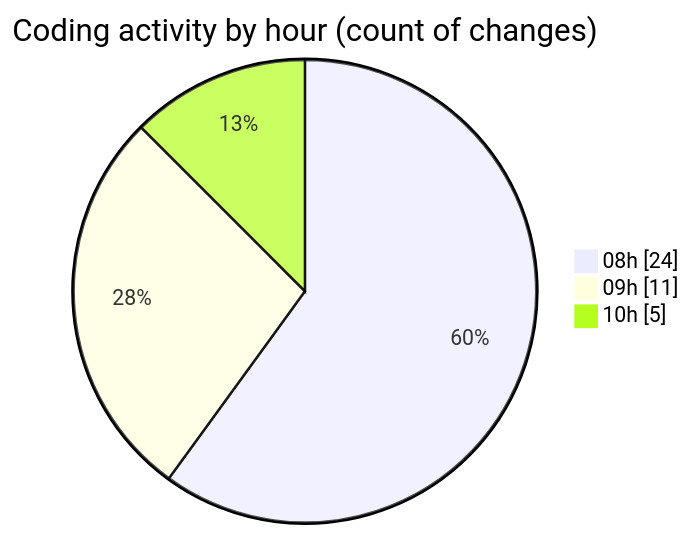
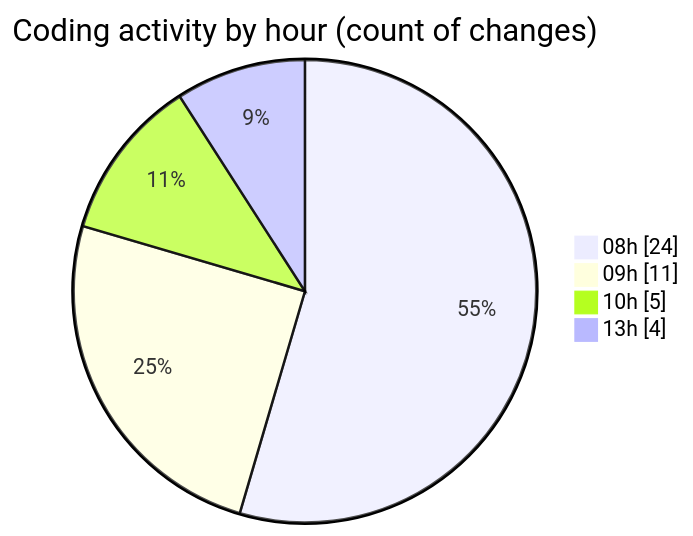
The second of 2 diagrams in 2025-05-12/niten/README.md (Elitesun/code-tracking), drawn with Mermaid before and after one commit. The commit also changed other lines of this file and 1 other file, not shown here.

````diff
--- a/2025-05-12/niten/README.md
+++ b/2025-05-12/niten/README.md
@@ -50,7 +50,8 @@
 ```mermaid
 pie showData
 title Coding activity by hour (count of changes)
 "08h" : 24
 "09h" : 11
 "10h" : 5
+"13h" : 4
 ```
````
